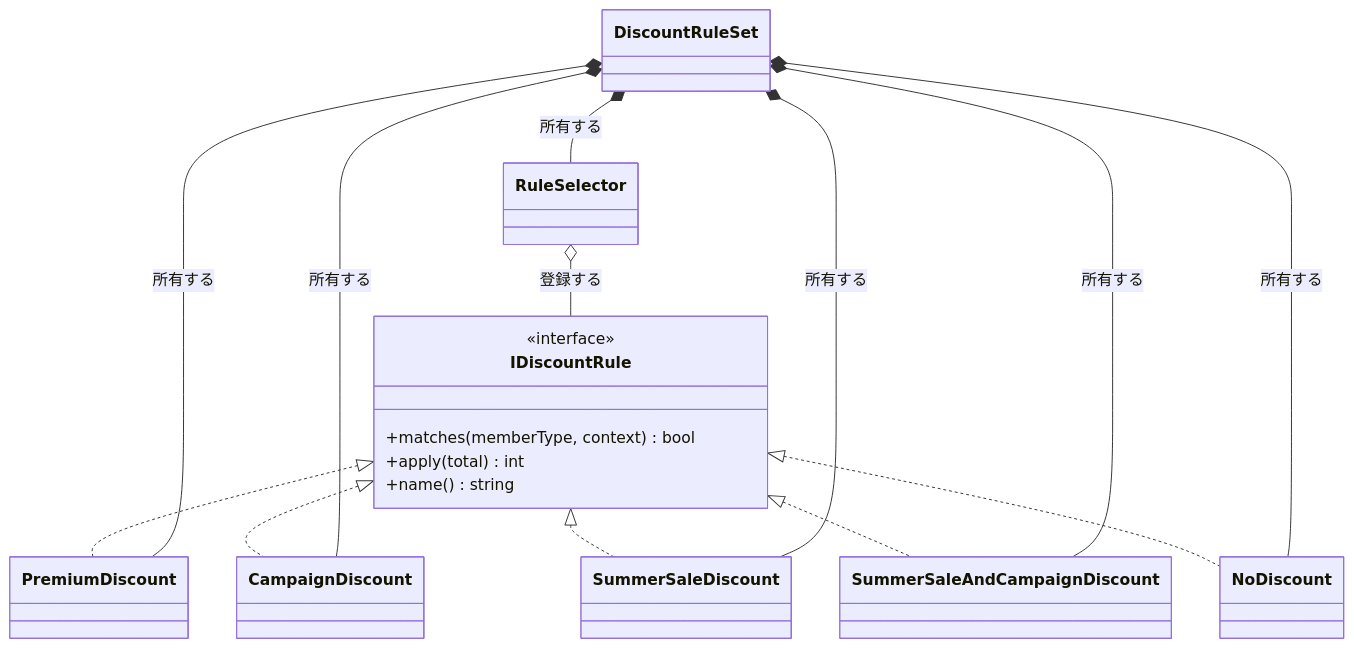
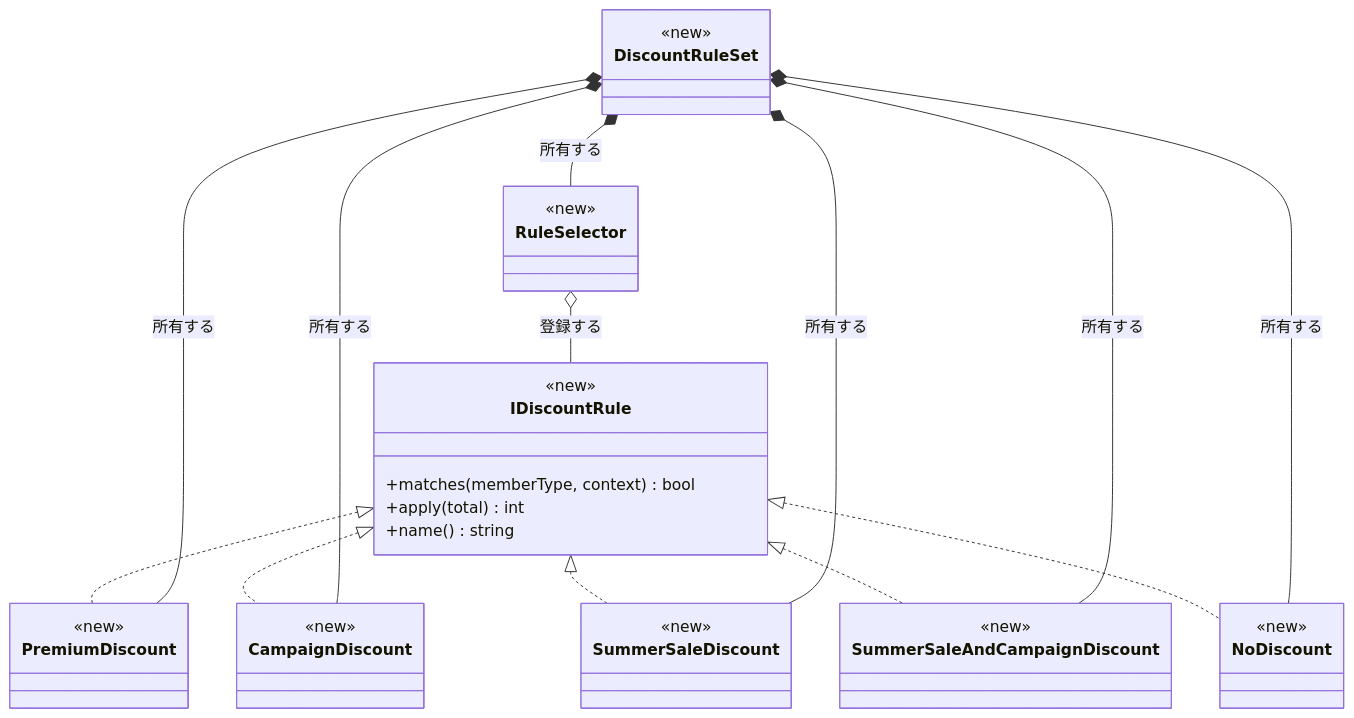
Before and after one commit to kumachan1101-pixel/DesignPattern: the ninth of 16 diagrams in kindle/design-patterns/books/volume01-core-patterns/output/03-chapter01.md, drawn with Mermaid. The commit also changed other lines of this file and 40 other files, not shown here.

````diff
--- a/kindle/design-patterns/books/volume01-core-patterns/output/03-chapter01.md
+++ b/kindle/design-patterns/books/volume01-core-patterns/output/03-chapter01.md
@@ -1930,29 +1981,44 @@
 ```mermaid
 classDiagram
     direction TB
     class IDiscountRule {
+        <<new>>
         <<interface>>
         +matches(memberType, context) bool
         +apply(total) int
         +name() string
     }
-    class PremiumDiscount
-    class CampaignDiscount
-    class SummerSaleDiscount
-    class SummerSaleAndCampaignDiscount
-    class NoDiscount
-    class DiscountRuleSet
-    class RuleSelector
+    class PremiumDiscount {
+        <<new>>
+    }
+    class CampaignDiscount {
+        <<new>>
+    }
+    class SummerSaleDiscount {
+        <<new>>
+    }
+    class SummerSaleAndCampaignDiscount {
+        <<new>>
+    }
+    class NoDiscount {
+        <<new>>
+    }
+    class DiscountRuleSet {
+        <<new>>
+    }
+    class RuleSelector {
+        <<new>>
+    }
     IDiscountRule <|.. PremiumDiscount
     IDiscountRule <|.. CampaignDiscount
     IDiscountRule <|.. SummerSaleDiscount
     IDiscountRule <|.. SummerSaleAndCampaignDiscount
     IDiscountRule <|.. NoDiscount
     DiscountRuleSet *-- PremiumDiscount : 所有する
     DiscountRuleSet *-- CampaignDiscount : 所有する
     DiscountRuleSet *-- SummerSaleDiscount : 所有する
     DiscountRuleSet *-- SummerSaleAndCampaignDiscount : 所有する
     DiscountRuleSet *-- NoDiscount : 所有する
     DiscountRuleSet *-- RuleSelector : 所有する
     RuleSelector o-- IDiscountRule : 登録する
 ```
````
